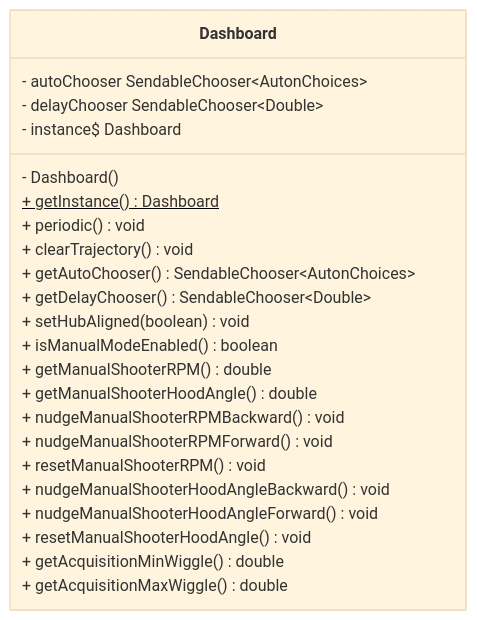
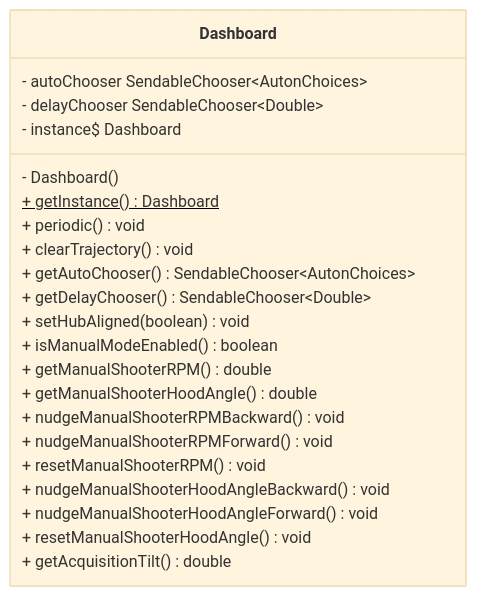
Before and after one commit to LakotaRobotics1038/2026RobotProject: the diagram in src/uml/frc/robot/subsystems/Dashboard.mmd, drawn with Mermaid (base theme). The commit also changed 7 other files, not shown here.

```diff
--- a/src/uml/frc/robot/subsystems/Dashboard.mmd
+++ b/src/uml/frc/robot/subsystems/Dashboard.mmd
@@ -1,26 +1,25 @@
 classDiagram
   direction LR
 
   class Dashboard {
     - autoChooser SendableChooser~AutonChoices~
     - delayChooser SendableChooser~Double~
     - instance$ Dashboard
     - Dashboard()
     + getInstance()$ Dashboard
     + periodic() void
     + clearTrajectory() void
     + getAutoChooser() SendableChooser~AutonChoices~
     + getDelayChooser() SendableChooser~Double~
     + setHubAligned(boolean) void
     + isManualModeEnabled() boolean
     + getManualShooterRPM() double
     + getManualShooterHoodAngle() double
     + nudgeManualShooterRPMBackward() void
     + nudgeManualShooterRPMForward() void
     + resetManualShooterRPM() void
     + nudgeManualShooterHoodAngleBackward() void
     + nudgeManualShooterHoodAngleForward() void
     + resetManualShooterHoodAngle() void
-    + getAcquisitionMinWiggle() double
-    + getAcquisitionMaxWiggle() double
+    + getAcquisitionTilt() double
   }
```
